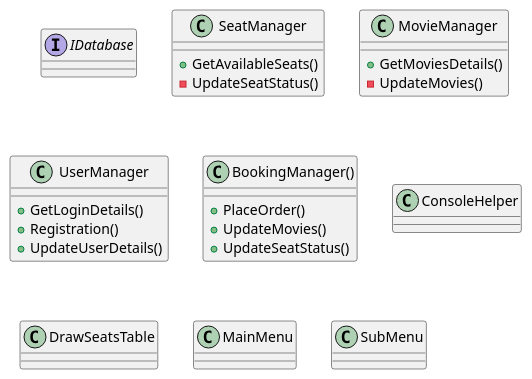
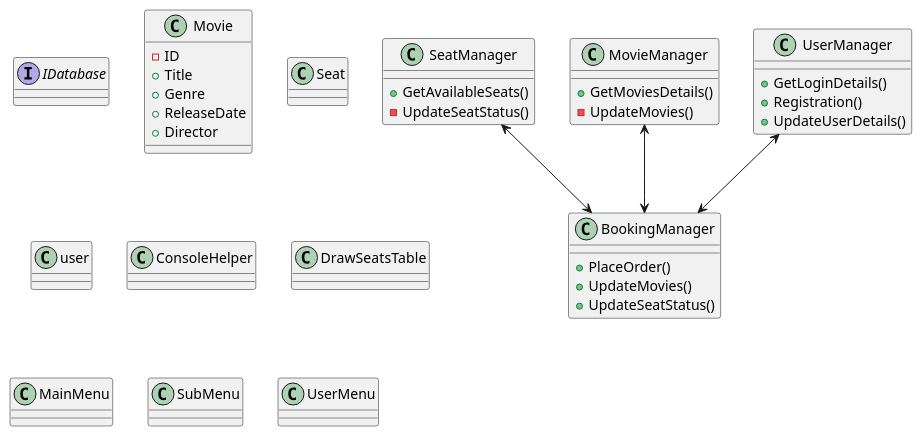
Before and after one commit to vahidkianfar/Cinnamon-Cinema-Movie-Theatre: the diagram in Cinnamon-Cinema-Movie-Theatre/UML/CinnamonCinema.puml, drawn with PlantUML. The commit also changed 10 other files, not shown here.

```diff
--- a/Cinnamon-Cinema-Movie-Theatre/UML/CinnamonCinema.puml
+++ b/Cinnamon-Cinema-Movie-Theatre/UML/CinnamonCinema.puml
@@ -1,37 +1,53 @@
 @startuml
 
 interface IDatabase
 
 
 class SeatManager
 {
  + GetAvailableSeats()
  - UpdateSeatStatus()
 }
 class MovieManager
 {
  + GetMoviesDetails()
  - UpdateMovies()
 }
 class UserManager
 {
 + GetLoginDetails()
 + Registration()
 + UpdateUserDetails()
 }
 
-class BookingManager()
+class BookingManager
 {
 + PlaceOrder()
 + UpdateMovies()
 + UpdateSeatStatus()
 }
 
+ MovieManager <-->  BookingManager
+UserManager <--> BookingManager
+SeatManager <--> BookingManager
+
+class Movie
+{
+ -ID
+ +Title
+ +Genre
+ +ReleaseDate
+ +Director
+}
+class Seat
+class user
+
 class ConsoleHelper
 class DrawSeatsTable
 
 class MainMenu
 class SubMenu
+class UserMenu
 
 
 @enduml
```
